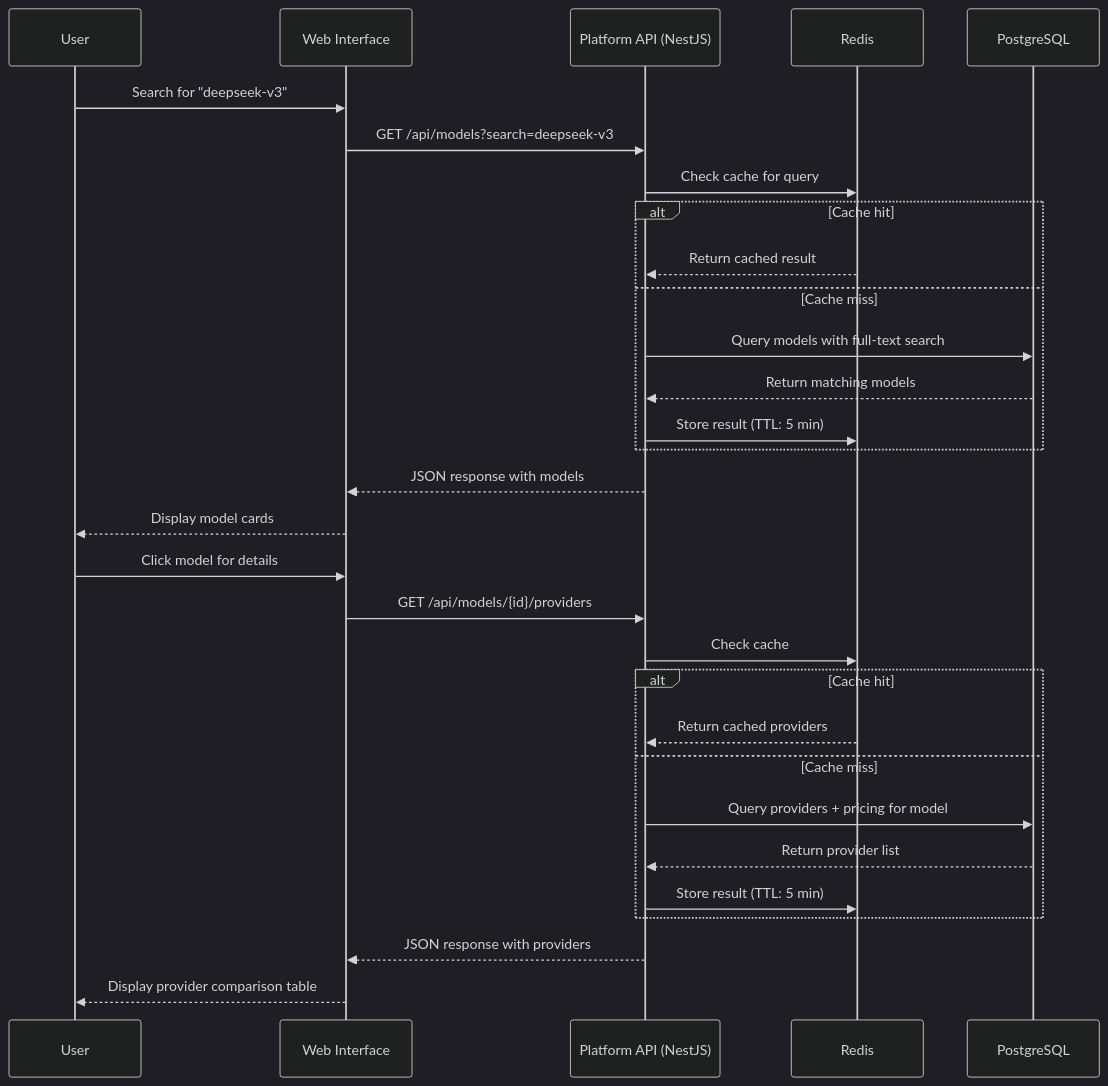
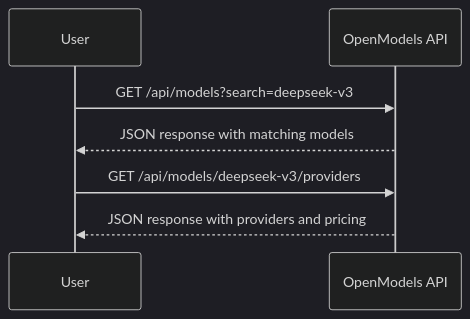
Before and after one commit to openmodelsrun/docs: the second of 4 diagrams in content/architecture/data-flow.mdx, drawn with Mermaid (dark theme). The commit also changed other lines of this file and 9 other files, not shown here.

Commit message:
0.6.2 – update terminology from "platform" to "registry" and simplify architecture diagrams

````diff
--- a/content/architecture/data-flow.mdx
+++ b/content/architecture/data-flow.mdx
@@ -68,34 +50,11 @@
 ```mermaid
 sequenceDiagram
     participant User
-    participant Web as Web Interface
-    participant API as Platform API (NestJS)
-    participant Cache as Redis
-    participant DB as PostgreSQL
+    participant API as OpenModels API
 
-    User->>Web: Search for "deepseek-v3"
-    Web->>API: GET /api/models?search=deepseek-v3
-    API->>Cache: Check cache for query
-    alt Cache hit
-        Cache-->>API: Return cached result
-    else Cache miss
-        API->>DB: Query models with full-text search
-        DB-->>API: Return matching models
-        API->>Cache: Store result (TTL: 5 min)
-    end
-    API-->>Web: JSON response with models
-    Web-->>User: Display model cards
+    User->>API: GET /api/models?search=deepseek-v3
+    API-->>User: JSON response with matching models
 
-    User->>Web: Click model for details
-    Web->>API: GET /api/models/{id}/providers
-    API->>Cache: Check cache
-    alt Cache hit
-        Cache-->>API: Return cached providers
-    else Cache miss
-        API->>DB: Query providers + pricing for model
-        DB-->>API: Return provider list
-        API->>Cache: Store result (TTL: 5 min)
-    end
-    API-->>Web: JSON response with providers
-    Web-->>User: Display provider comparison table
+    User->>API: GET /api/models/deepseek-v3/providers
+    API-->>User: JSON response with providers and pricing
 ```
````
